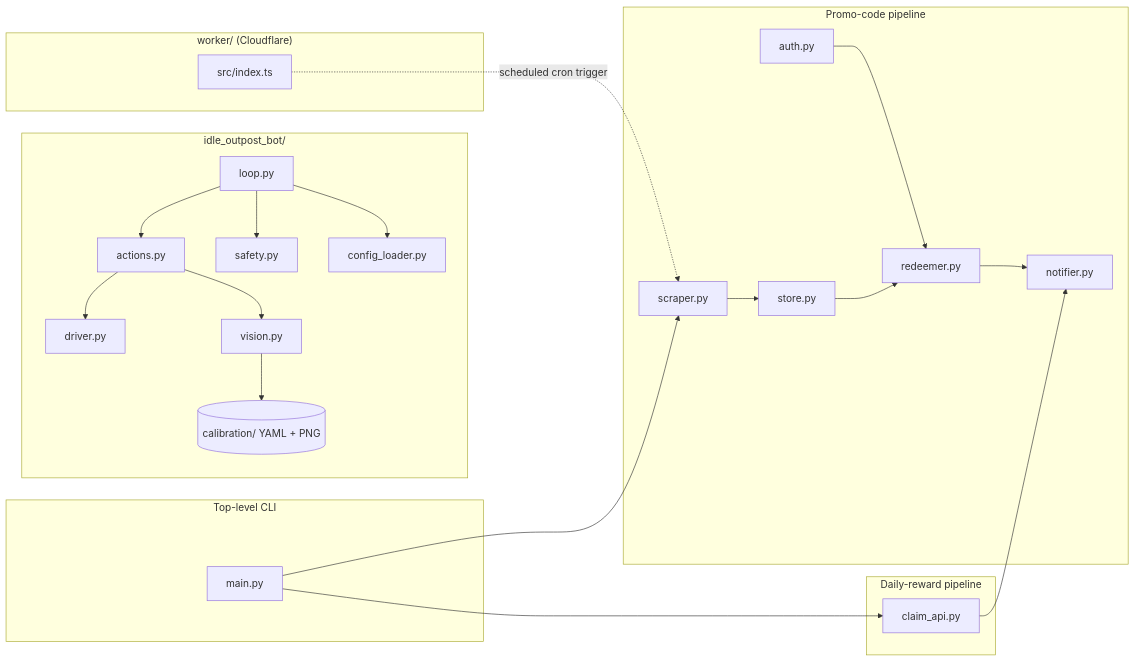
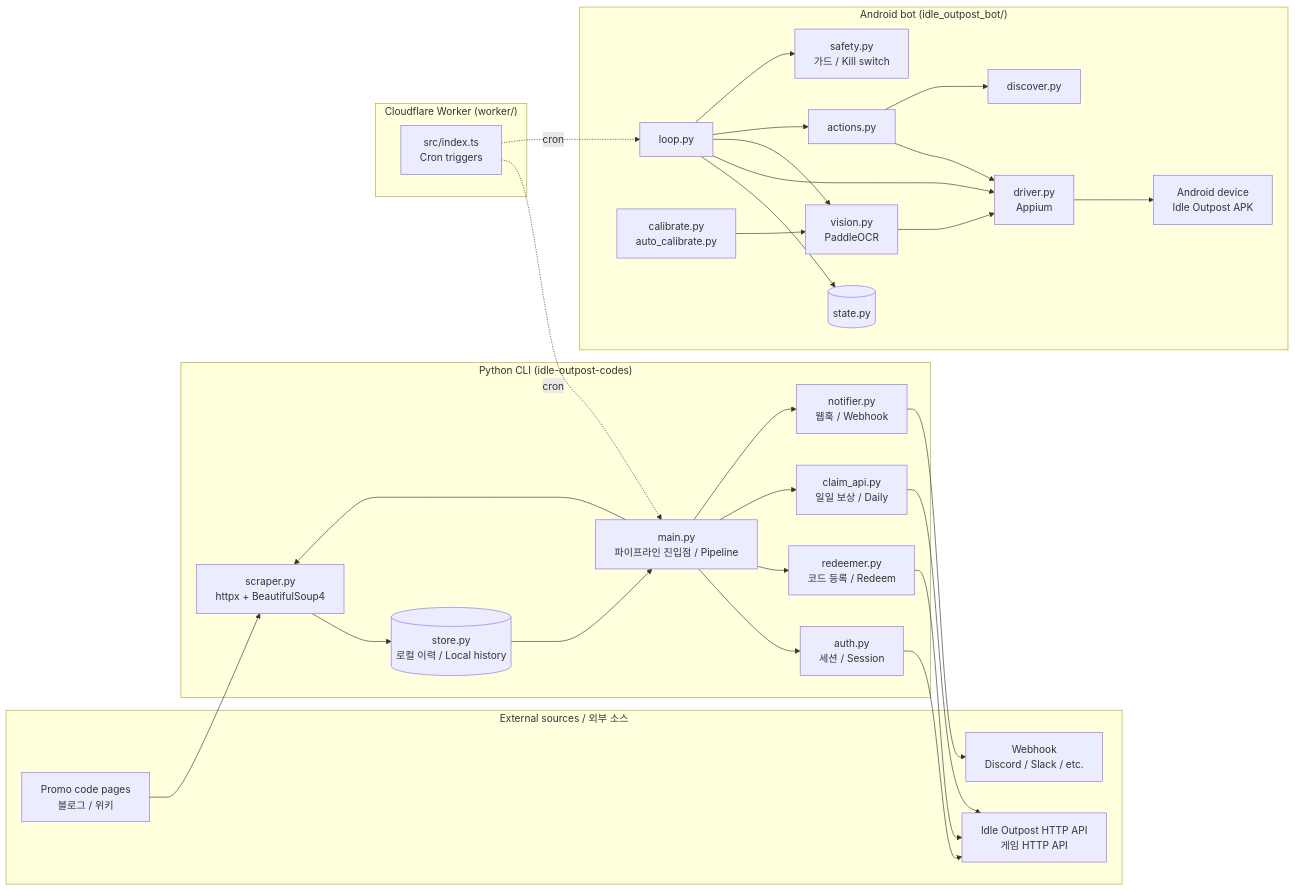
The diagram in README.md (jclee941/idle-outpost), drawn with Mermaid before and after one commit. The commit also changed other lines of this file, not shown here.

Commit message:
docs: auto-update README.md (#370)

````diff
--- a/README.md
+++ b/README.md
@@ -39,49 +46,61 @@
 ```mermaid
 flowchart LR
-    subgraph Top["Top-level CLI"]
-        MAIN["main.py"]
-    end
+  subgraph Ext["External sources / 외부 소스"]
+    Web["Promo code pages<br/>블로그 / 위키"]
+    GameAPI["Idle Outpost HTTP API<br/>게임 HTTP API"]
+    Webhook["Webhook<br/>Discord / Slack / etc."]
+  end
 
-    subgraph Promo["Promo-code pipeline"]
-        SCRAPE["scraper.py"]
-        AUTH["auth.py"]
-        REDEEM["redeemer.py"]
-        STORE["store.py"]
-        NOTIFY["notifier.py"]
-    end
+  subgraph Py["Python CLI (idle-outpost-codes)"]
+    Scraper["scraper.py<br/>httpx + BeautifulSoup4"]
+    Auth["auth.py<br/>세션 / Session"]
+    Redeemer["redeemer.py<br/>코드 등록 / Redeem"]
+    Claim["claim_api.py<br/>일일 보상 / Daily"]
+    Store[("store.py<br/>로컬 이력 / Local history")]
+    Notifier["notifier.py<br/>웹훅 / Webhook"]
+    Main["main.py<br/>파이프라인 진입점 / Pipeline"]
+  end
 
-    subgraph Claim["Daily-reward pipeline"]
-        CLAIM["claim_api.py"]
-    end
+  subgraph Edge["Cloudflare Worker (worker/)"]
+    Worker["src/index.ts<br/>Cron triggers"]
+  end
 
-    subgraph Bot["idle_outpost_bot/"]
-        LOOP["loop.py"]
-        ACTIONS["actions.py"]
-        DRIVER["driver.py"]
-        VISION["vision.py"]
-        SAFETY["safety.py"]
-        CONFIG["config_loader.py"]
-        CALIB[("calibration/ YAML + PNG")]
-    end
+  subgraph Bot["Android bot (idle_outpost_bot/)"]
+    Loop["loop.py"]
+    State[("state.py")]
+    Driver["driver.py<br/>Appium"]
+    Vision["vision.py<br/>PaddleOCR"]
+    Actions["actions.py"]
+    Discover["discover.py"]
+    Safety["safety.py<br/>가드 / Kill switch"]
+    Calib["calibrate.py<br/>auto_calibrate.py"]
+    Device["Android device<br/>Idle Outpost APK"]
+  end
 
-    subgraph Edge["worker/ (Cloudflare)"]
-        WIDX["src/index.ts"]
-    end
+  Web --> Scraper
+  Scraper --> Store
+  Main --> Scraper
+  Main --> Auth
+  Main --> Redeemer
+  Main --> Claim
+  Redeemer --> GameAPI
+  Claim --> GameAPI
+  Auth --> GameAPI
+  Store --> Main
+  Main --> Notifier
+  Notifier --> Webhook
 
-    MAIN --> SCRAPE
-    MAIN --> CLAIM
-    SCRAPE --> STORE
-    STORE --> REDEEM
-    AUTH --> REDEEM
-    REDEEM --> NOTIFY
-    CLAIM --> NOTIFY
+  Worker -.cron.-> Main
+  Worker -.cron.-> Loop
 
-    LOOP --> ACTIONS
-    ACTIONS --> DRIVER
-    ACTIONS --> VISION
-    VISION --> CALIB
-    LOOP --> SAFETY
-    LOOP --> CONFIG
-
-    WIDX -. "scheduled cron trigger" .-> SCRAPE
+  Loop --> State
+  Loop --> Driver
+  Loop --> Vision
+  Loop --> Actions
+  Loop --> Safety
+  Actions --> Driver
+  Actions --> Discover
+  Vision --> Driver
+  Driver --> Device
+  Calib --> Vision
 ```
````
